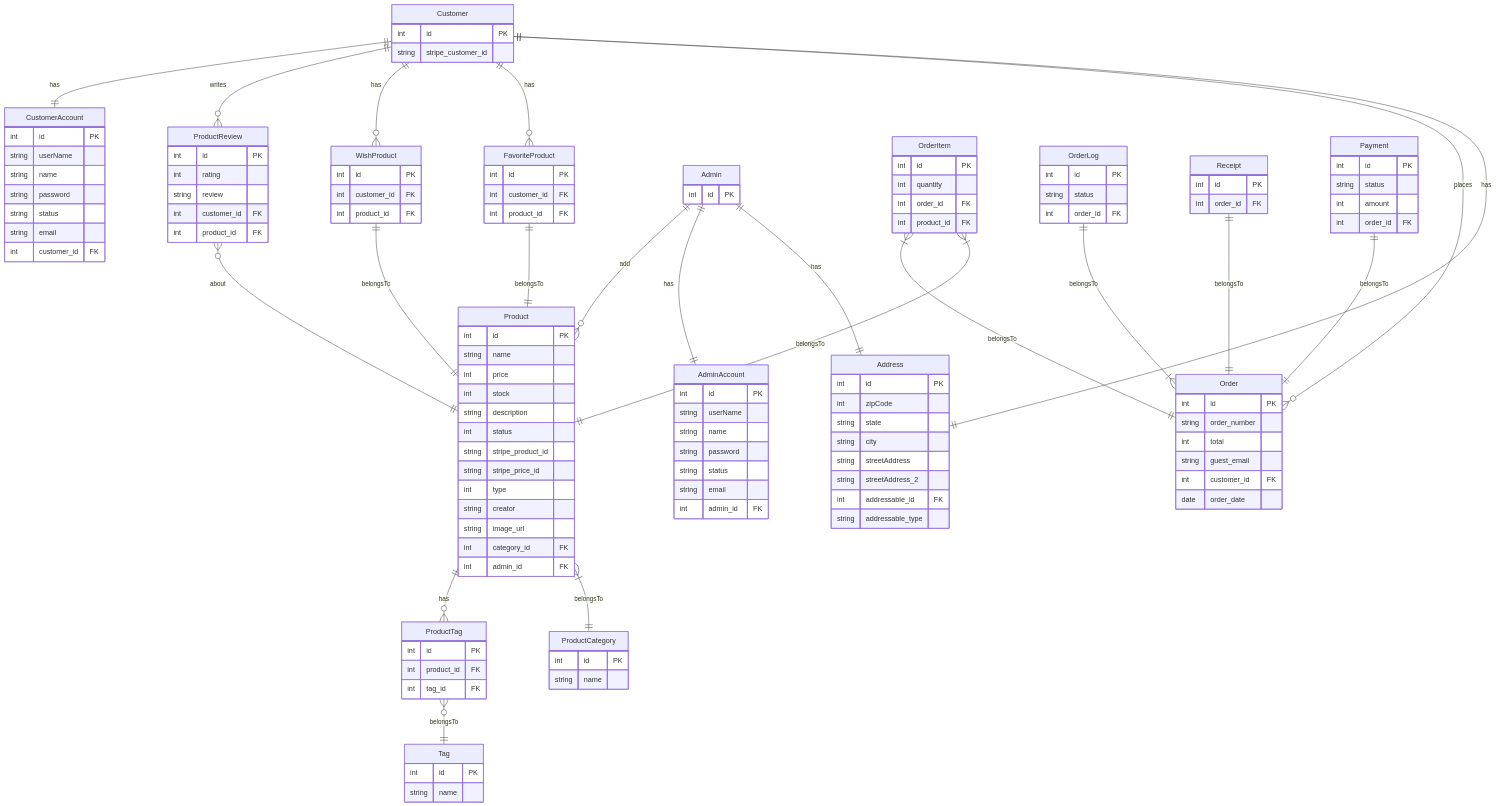
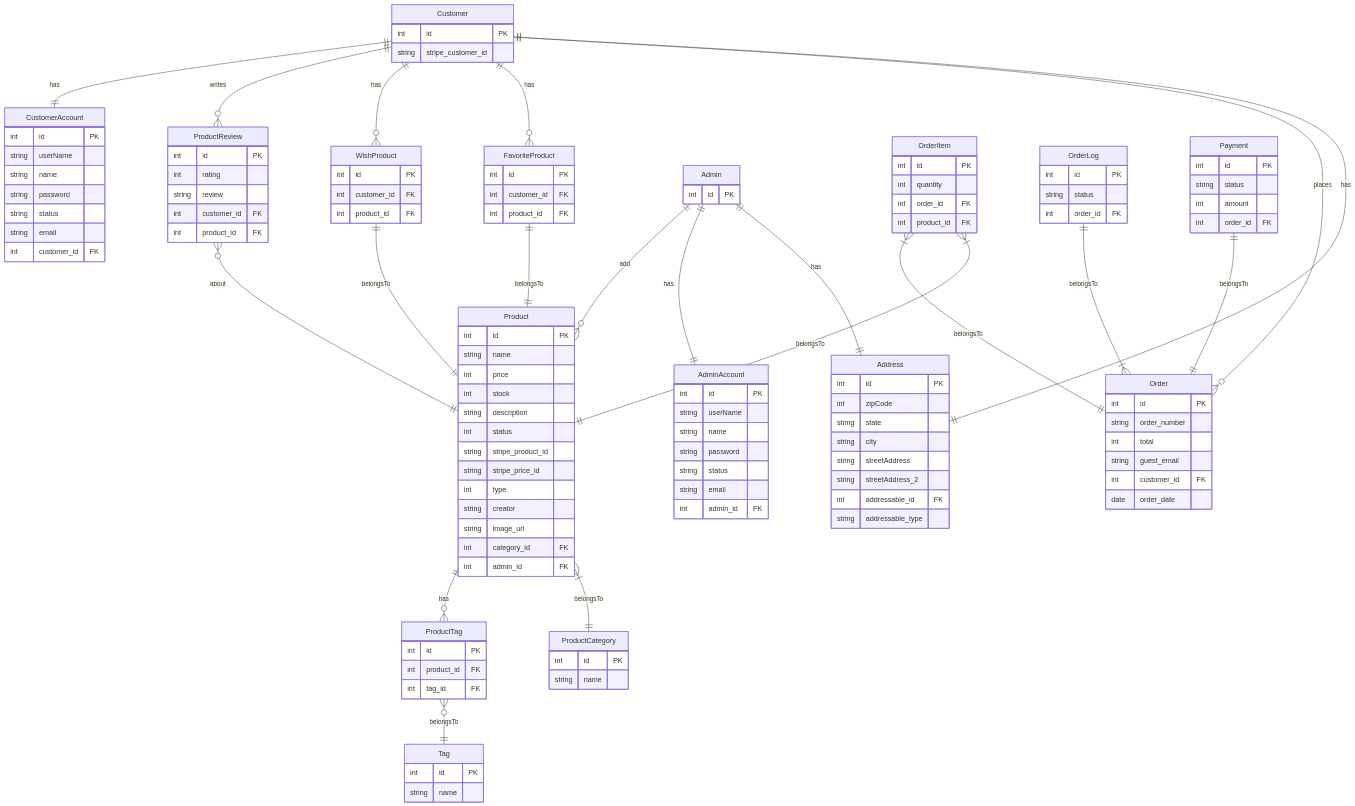
One commit to recursion-backend-projects/dev-log changed the diagram in er.md. Above: the diagram before and after it, drawn with Mermaid.

Commit message:
Reciptテーブルが不要なので削除

```diff
--- a/er.md
+++ b/er.md
@@ -103,12 +103,6 @@
         int order_id FK
     }
 
-    Receipt ||--|| Order: belongsTo
-    Receipt{
-        int id PK
-        int order_id FK
-    }
-
     ProductReview }o--|| Product: about
     ProductReview{
         int id PK
```
